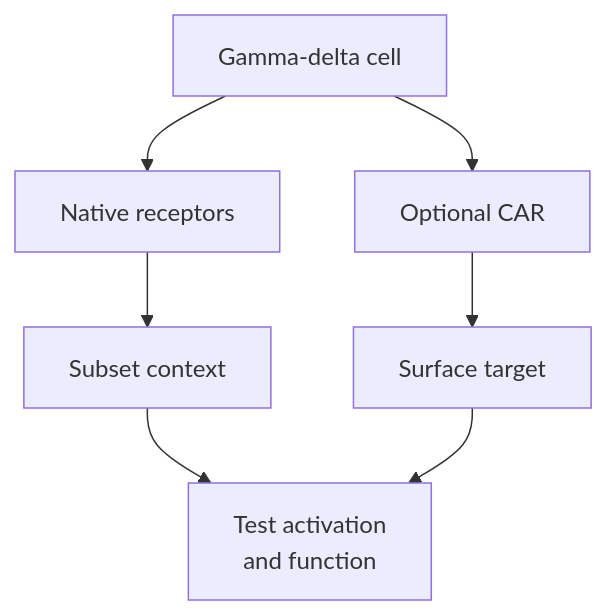
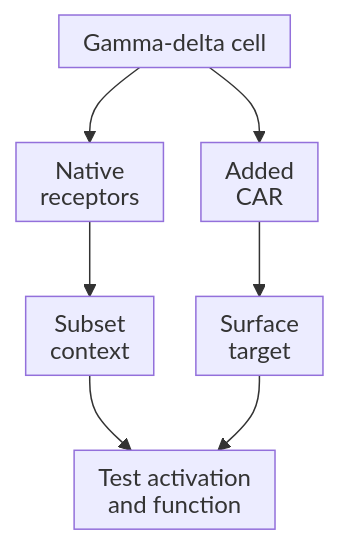
Before and after one commit to jasonLaster/oncoguide: the diagram in wiki/education/concepts/immunology/innate-and-unconventional-cells/gamma-delta-t-cells.md, drawn with Mermaid. The commit also changed other lines of this file and 43 other files, not shown here.

Commit message:
education: sync engineered-cell curriculum and native diagram settings

````diff
--- a/wiki/education/concepts/immunology/innate-and-unconventional-cells/gamma-delta-t-cells.md
+++ b/wiki/education/concepts/immunology/innate-and-unconventional-cells/gamma-delta-t-cells.md
@@ -46,9 +48,10 @@
 ```mermaid
+%%{init: {"htmlLabels":false,"flowchart":{"htmlLabels":false,"padding":8,"nodeSpacing":25}}}%%
 flowchart TD
-  A[Gamma-delta cell] --> B[Native receptors]
-  B --> C[Subset context]
-  A --> D[Optional CAR]
-  D --> E[Surface target]
+  A[Gamma-delta cell] --> B[Native<br/>receptors]
+  B --> C[Subset<br/>context]
+  A --> D[Added<br/>CAR]
+  D --> E[Surface<br/>target]
   C --> F[Test activation<br/>and function]
   E --> F
 ```
````
